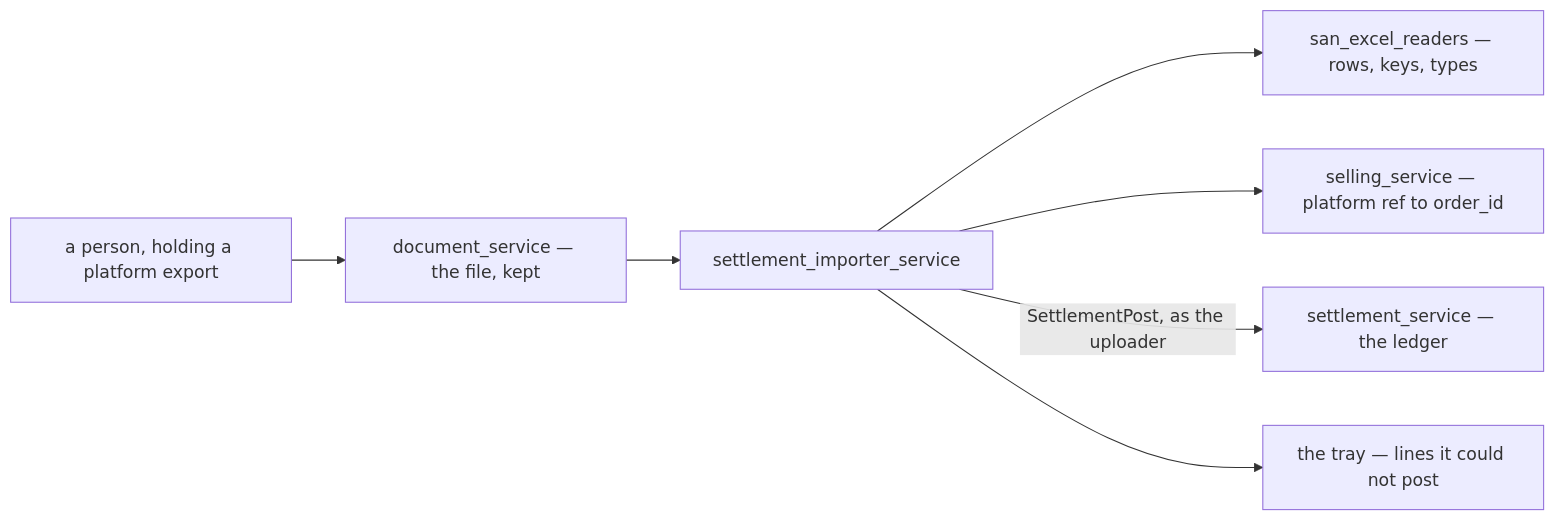
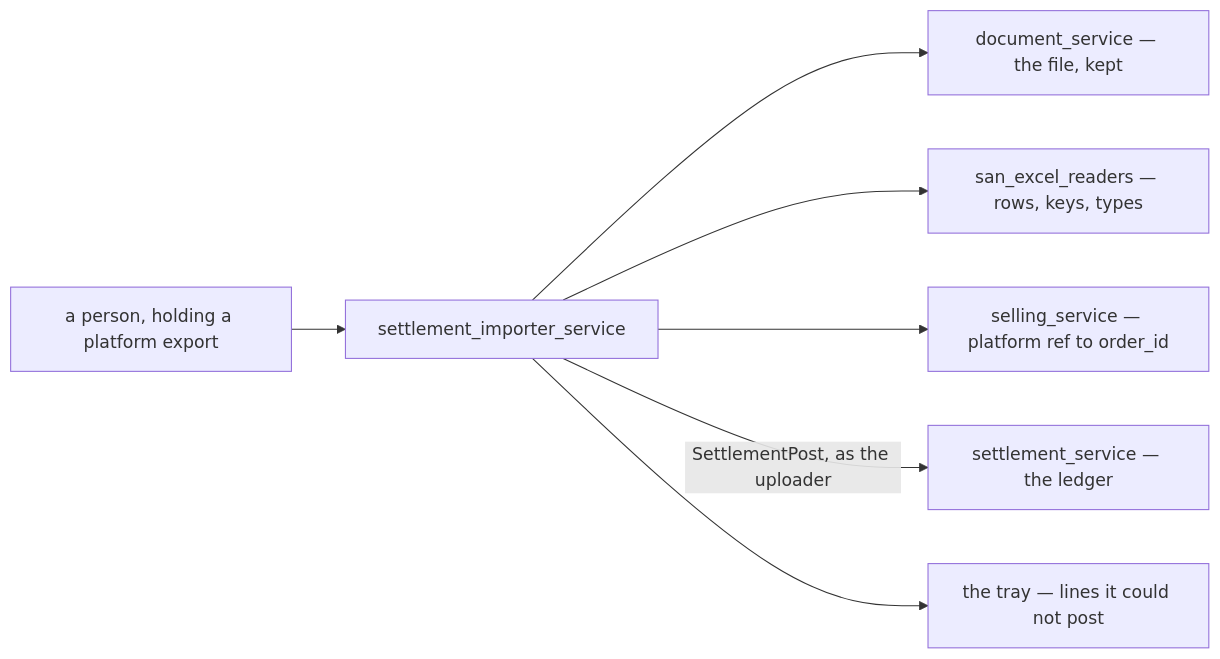
The first of 7 diagrams in docs/business/settlement/settlement_importer_clarify.md (pdcgo/warehouse_revamp), drawn with Mermaid before and after one commit. The commit also changed other lines of this file and 3 other files, not shown here.

First line of the commit message:
settlement_importer: re-examine the streamed flow — the interceptor refuses every stream

````diff
--- a/docs/business/settlement/settlement_importer_clarify.md
+++ b/docs/business/settlement/settlement_importer_clarify.md
@@ -22,9 +32,9 @@
 ```mermaid
 flowchart LR
-  P["a person, holding a platform export"] --> D["document_service — the file, kept"]
-  D --> I["settlement_importer_service"]
+  P["a person, holding a platform export"] --> I["settlement_importer_service"]
+  I --> D["document_service — the file, kept"]
   I --> R["san_excel_readers — rows, keys, types"]
   I --> O["selling_service — platform ref to order_id"]
   I -->|"SettlementPost, as the uploader"| S["settlement_service — the ledger"]
   I --> T["the tray — lines it could not post"]
 ```
````
